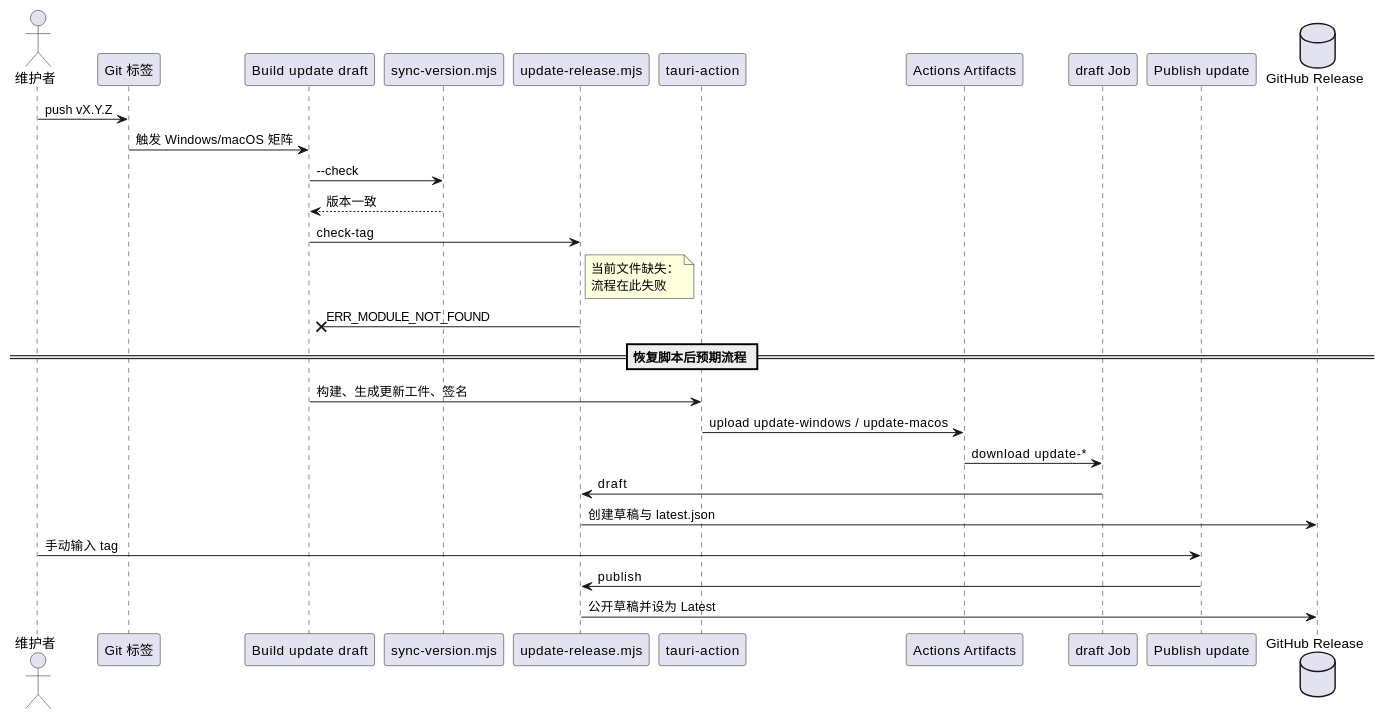
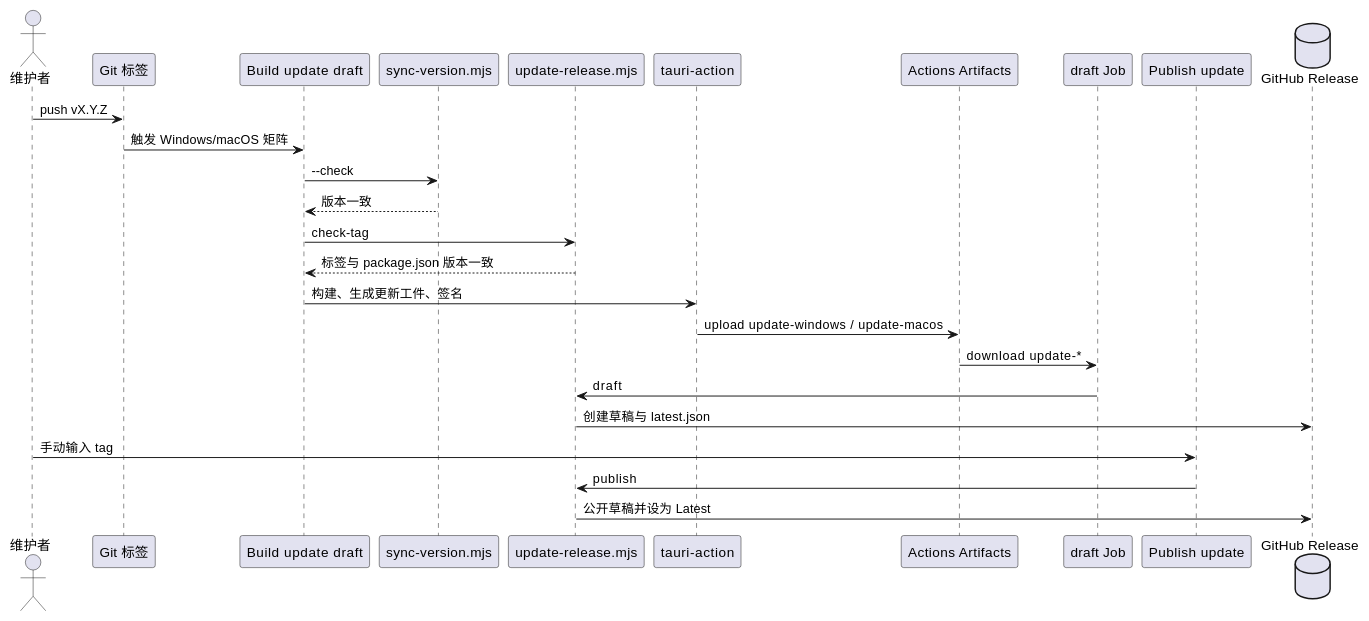
One commit to sinceHYJ/superwiki changed the third of 3 diagrams in docs/specs/auto-update-package/design.MD. Above: the diagram before and after it, drawn with PlantUML. The commit also changed other lines of this file and 2 other files, not shown here.

Commit message:
fix: restore update release script

````diff
--- a/docs/specs/auto-update-package/design.MD
+++ b/docs/specs/auto-update-package/design.MD
@@ -284,35 +277,29 @@
 ```plantuml
 @startuml
 actor 维护者
 participant "Git 标签" as TAG
 participant "Build update draft" as BUILD
 participant "sync-version.mjs" as SYNC
 participant "update-release.mjs" as SCRIPT
 participant "tauri-action" as TAURI
 participant "Actions Artifacts" as ART
 participant "draft Job" as DRAFT
 participant "Publish update" as PUB
 database "GitHub Release" as REL
 
 维护者 -> TAG: push vX.Y.Z
 TAG -> BUILD: 触发 Windows/macOS 矩阵
 BUILD -> SYNC: --check
 SYNC --> BUILD: 版本一致
 BUILD -> SCRIPT: check-tag
-note right of SCRIPT
-当前文件缺失：
-流程在此失败
-end note
-SCRIPT ->x BUILD: ERR_MODULE_NOT_FOUND
-
-== 恢复脚本后预期流程 ==
+SCRIPT --> BUILD: 标签与 package.json 版本一致
 BUILD -> TAURI: 构建、生成更新工件、签名
 TAURI -> ART: upload update-windows / update-macos
 ART -> DRAFT: download update-*
 DRAFT -> SCRIPT: draft
 SCRIPT -> REL: 创建草稿与 latest.json
 维护者 -> PUB: 手动输入 tag
 PUB -> SCRIPT: publish
 SCRIPT -> REL: 公开草稿并设为 Latest
 @enduml
 ```
````
